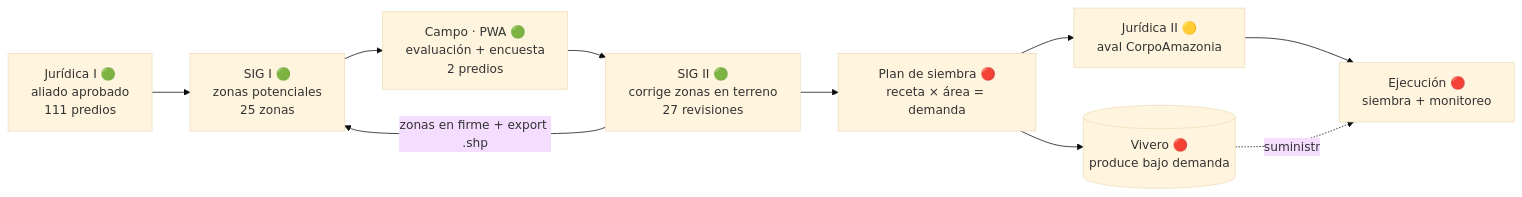
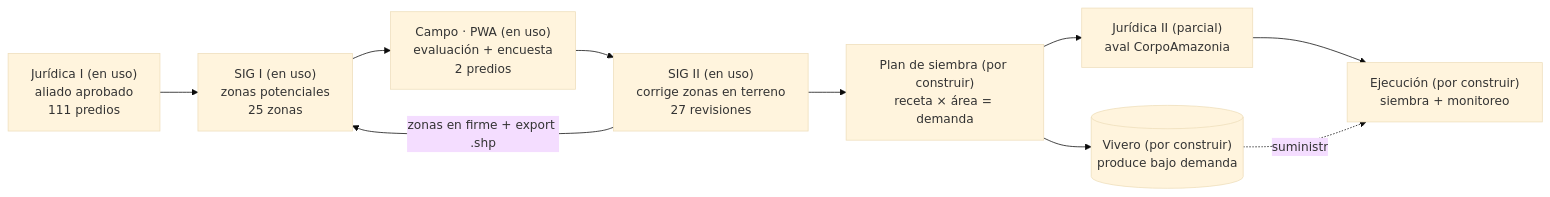
Before and after one commit to Alejandrombermudez/Intranet-AE: the first of 2 diagrams in docs/ARTICULACION_Y_PROYECCION.md, drawn with Mermaid (base theme). The commit also changed other lines of this file and 32 other files, not shown here.

````diff
--- a/docs/ARTICULACION_Y_PROYECCION.md
+++ b/docs/ARTICULACION_Y_PROYECCION.md
@@ -31,12 +31,12 @@
 ```mermaid
 flowchart LR
-    J1["Jurídica I 🟢<br/>aliado aprobado<br/>111 predios"] --> S1["SIG I 🟢<br/>zonas potenciales<br/>25 zonas"]
-    S1 --> C["Campo · PWA 🟢<br/>evaluación + encuesta<br/>2 predios"]
-    C --> CS["SIG II 🟢<br/>corrige zonas en terreno<br/>27 revisiones"]
+    J1["Jurídica I (en uso)<br/>aliado aprobado<br/>111 predios"] --> S1["SIG I (en uso)<br/>zonas potenciales<br/>25 zonas"]
+    S1 --> C["Campo · PWA (en uso)<br/>evaluación + encuesta<br/>2 predios"]
+    C --> CS["SIG II (en uso)<br/>corrige zonas en terreno<br/>27 revisiones"]
     CS -->|"zonas en firme + export .shp"| S1
-    CS --> P["Plan de siembra 🔴<br/>receta × área = demanda"]
-    P --> V[("Vivero 🔴<br/>produce bajo demanda")]
-    P --> J2["Jurídica II 🟡<br/>aval CorpoAmazonia"]
-    J2 --> EJ["Ejecución 🔴<br/>siembra + monitoreo"]
+    CS --> P["Plan de siembra (por construir)<br/>receta × área = demanda"]
+    P --> V[("Vivero (por construir)<br/>produce bajo demanda")]
+    P --> J2["Jurídica II (parcial)<br/>aval CorpoAmazonia"]
+    J2 --> EJ["Ejecución (por construir)<br/>siembra + monitoreo"]
     V -.suministro.-> EJ
 ```
````
